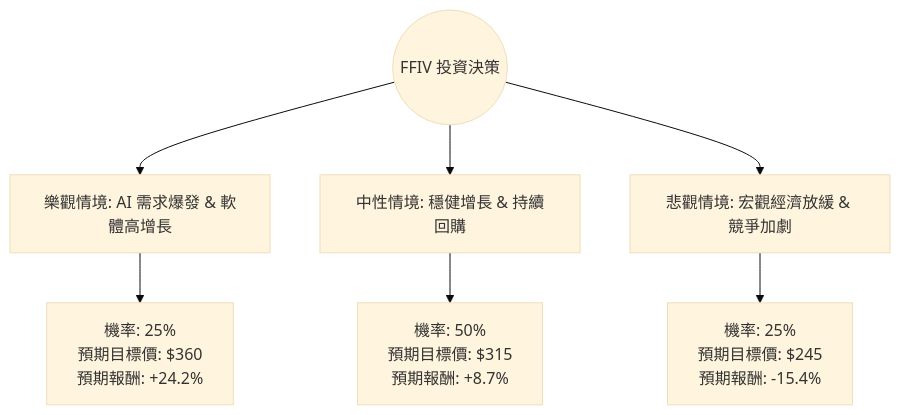
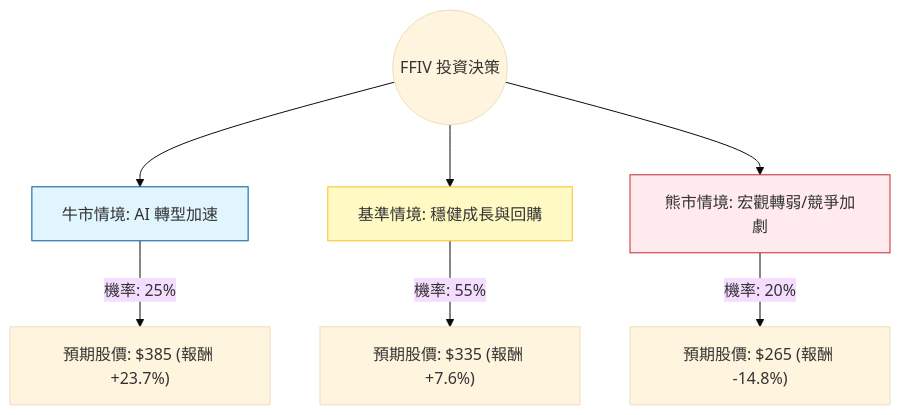
One commit to zmcx16/zmcx16.github.io changed the diagram in plugin-react/ai-analysis/ev-analysis/FFIV.md. Above: the diagram before and after it, drawn with Mermaid (base theme). The commit also changed other lines of this file and 63 other files, not shown here.

````diff
--- a/plugin-react/ai-analysis/ev-analysis/FFIV.md
+++ b/plugin-react/ai-analysis/ev-analysis/FFIV.md
@@ -19,10 +18,14 @@
 ```mermaid
 graph TD
-    Start((FFIV 投資決策)) --> Bull[樂觀情境: AI 需求爆發 & 軟體高增長]
-    Start --> Base[中性情境: 穩健增長 & 持續回購]
-    Start --> Bear[悲觀情境: 宏觀經濟放緩 & 競爭加劇]
+    Start((FFIV 投資決策)) --> Bull[牛市情境: AI 轉型加速]
+    Start --> Base[基準情境: 穩健成長與回購]
+    Start --> Bear[熊市情境: 宏觀轉弱/競爭加劇]
 
-    Bull --> Bull_Val[機率: 25% <br/> 預期目標價: $360 <br/> 預期報酬: +24.2%]
-    Base --> Base_Val[機率: 50% <br/> 預期目標價: $315 <br/> 預期報酬: +8.7%]
-    Bear --> Bear_Val[機率: 25% <br/> 預期目標價: $245 <br/> 預期報酬: -15.4%]
+    Bull -- "機率: 25%" --> BullVal["預期股價: $385 (報酬 +23.7%)"]
+    Base -- "機率: 55%" --> BaseVal["預期股價: $335 (報酬 +7.6%)"]
+    Bear -- "機率: 20%" --> BearVal["預期股價: $265 (報酬 -14.8%)"]
+
+    style Bull fill:#e1f5fe,stroke:#01579b
+    style Base fill:#fff9c4,stroke:#fbc02d
+    style Bear fill:#ffebee,stroke:#c62828
 ```
````
